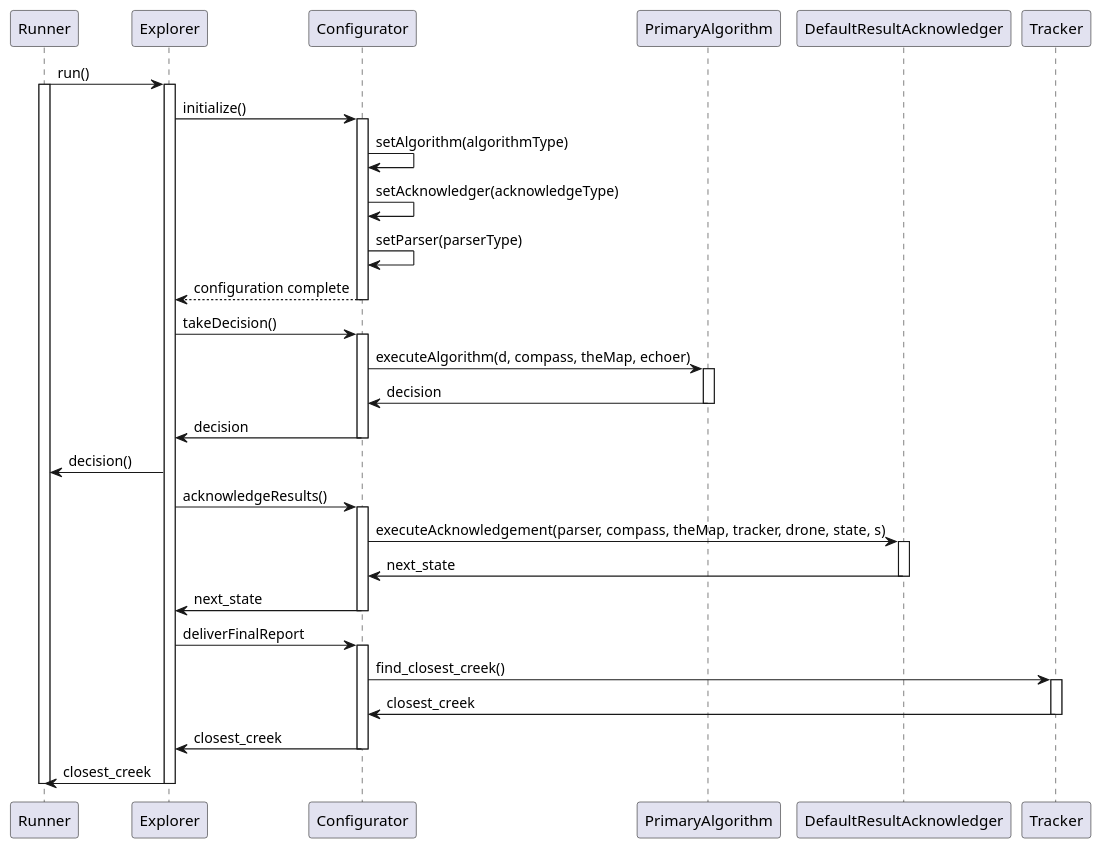
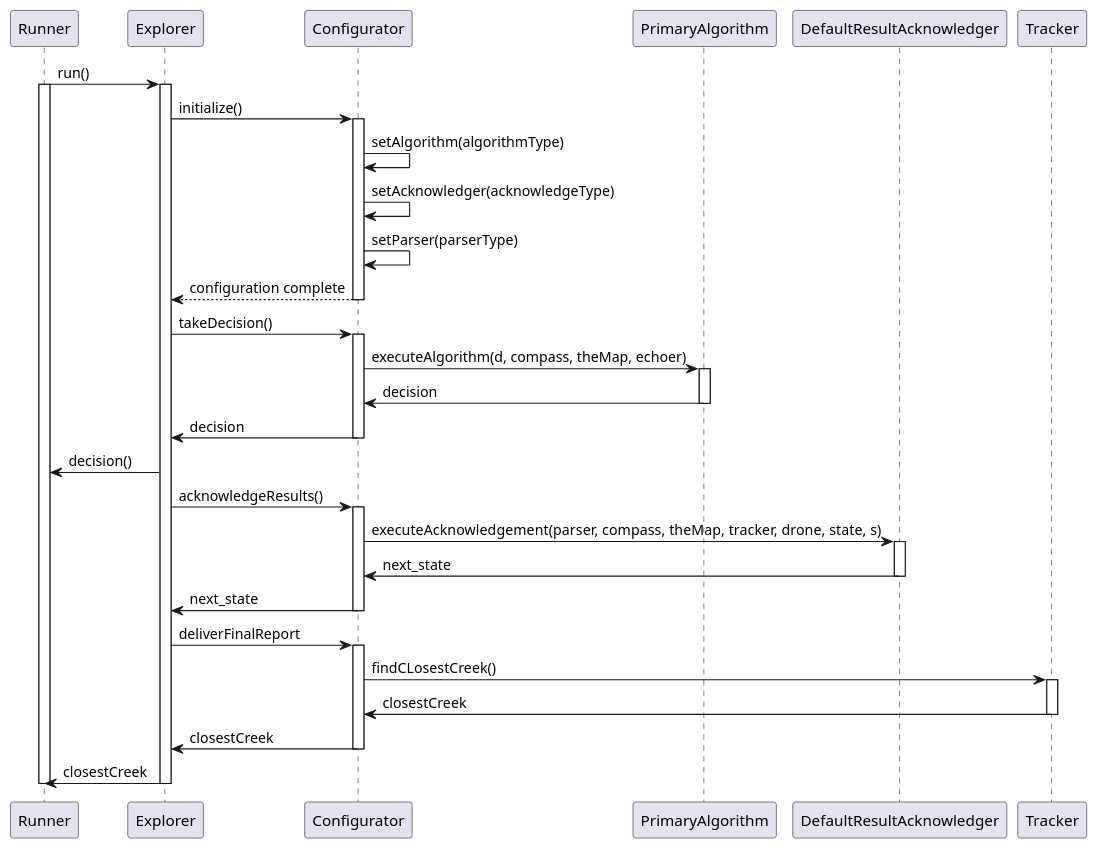
Before and after one commit to nehadst/Drone-Rescue: the diagram in SequenceDiagram.plantuml, drawn with PlantUML. The commit also changed 15 other files, not shown here.

```diff
--- a/SequenceDiagram.plantuml
+++ b/SequenceDiagram.plantuml
@@ -1,57 +1,57 @@
 @startuml Sequence_Diagram
 
 participant Runner
 participant Explorer
 participant Configurator
 participant PrimaryAlgorithm
 participant DefaultResultAcknowledger
 participant Tracker
 
 Runner -> Explorer : run()
 activate Runner
 activate Explorer
 
 Explorer -> Configurator : initialize()
 activate Configurator
 Configurator -> Configurator : setAlgorithm(algorithmType)
 Configurator -> Configurator : setAcknowledger(acknowledgeType)
 Configurator -> Configurator : setParser(parserType)
 Configurator --> Explorer : configuration complete
 deactivate Configurator
 
 Explorer -> Configurator : takeDecision()
 activate Configurator
 Configurator -> PrimaryAlgorithm : executeAlgorithm(d, compass, theMap, echoer)
 activate PrimaryAlgorithm
 PrimaryAlgorithm -> Configurator : decision
 deactivate PrimaryAlgorithm
 Configurator -> Explorer : decision
 deactivate Configurator
 Explorer -> Runner : decision()
 
 Explorer -> Configurator : acknowledgeResults()
 activate Configurator
 Configurator -> DefaultResultAcknowledger : executeAcknowledgement(parser, compass, theMap, tracker, drone, state, s)
 activate DefaultResultAcknowledger
 DefaultResultAcknowledger -> Configurator : next_state
 deactivate DefaultResultAcknowledger
 Configurator -> Explorer : next_state
 deactivate Configurator
 
 
 Explorer -> Configurator : deliverFinalReport
 activate Configurator
-Configurator -> Tracker : find_closest_creek()
+Configurator -> Tracker : findCLosestCreek()
 activate Tracker
-Tracker -> Configurator : closest_creek
+Tracker -> Configurator : closestCreek
 deactivate Tracker
-Configurator -> Explorer : closest_creek
+Configurator -> Explorer : closestCreek
 deactivate Configurator
 
-Explorer -> Runner : closest_creek
+Explorer -> Runner : closestCreek
 deactivate Explorer
 deactivate Runner
 
 
 
 @enduml
```
